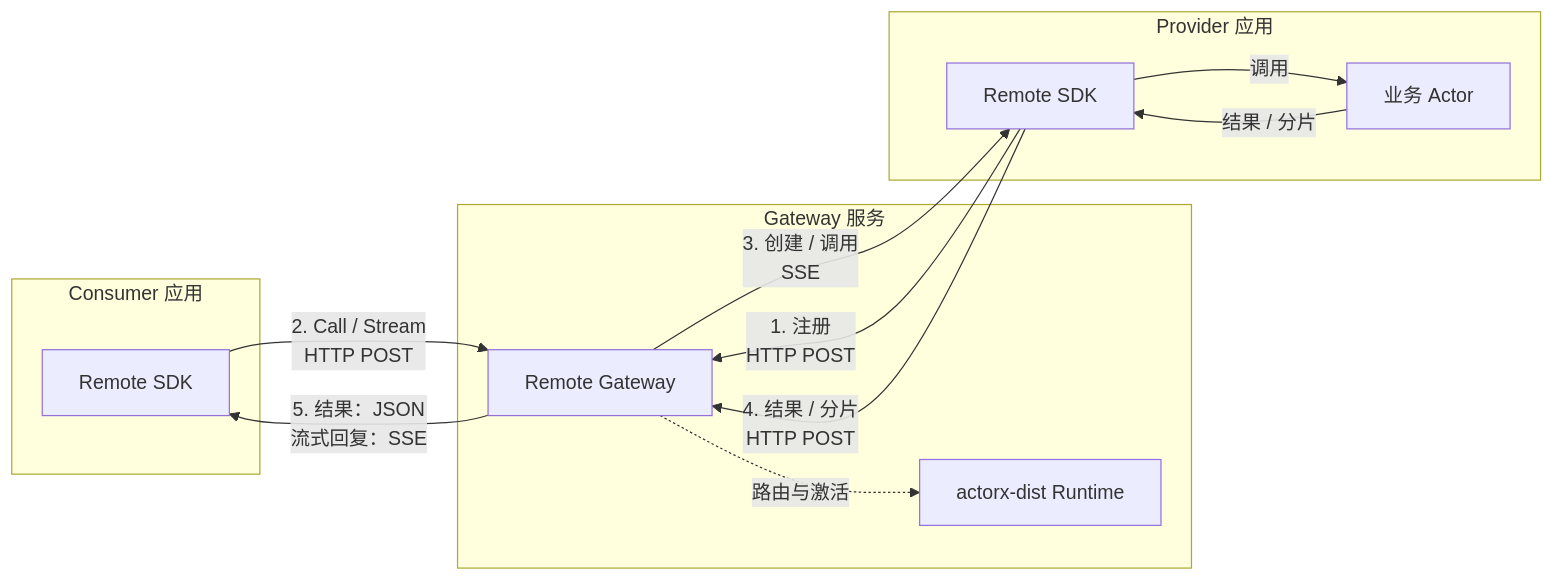
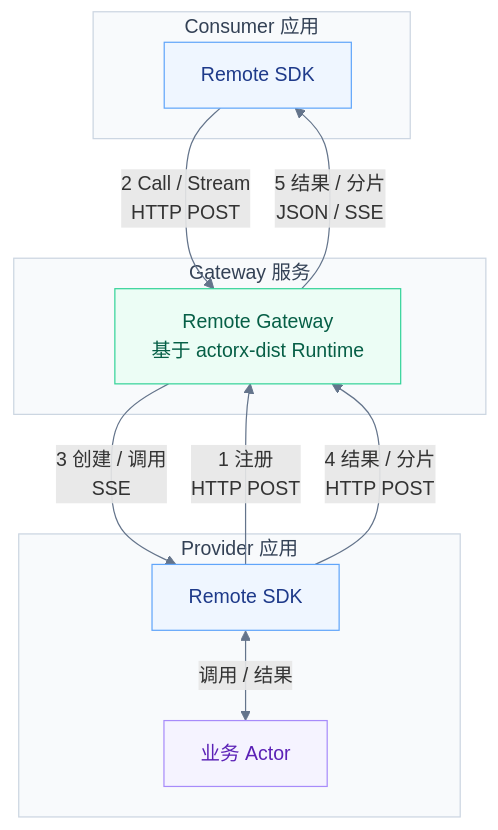
One commit to go-aie/actorx-dist changed the diagram in remote/README.zh.md. Above: the diagram before and after it, drawn with Mermaid. The commit also changed other lines of this file and 5 other files, not shown here.

Commit message:
docs: clarify getting started and remote architecture

````diff
--- a/remote/README.zh.md
+++ b/remote/README.zh.md
@@ -13,22 +13,31 @@
 ```mermaid
-flowchart LR
+flowchart TB
     subgraph consumer["Consumer 应用"]
         C["Remote SDK"]
     end
     subgraph backend["Gateway 服务"]
-        G["Remote Gateway"]
-        D["actorx-dist Runtime"]
-        G -.->|路由与激活| D
+        G["Remote Gateway<br/>基于 actorx-dist Runtime"]
     end
     subgraph provider["Provider 应用"]
         P["Remote SDK"]
         A["业务 Actor"]
-        P -->|调用| A
-        A -->|结果 / 分片| P
     end
-    P -->|"1. 注册<br/>HTTP POST"| G
-    C -->|"2. Call / Stream<br/>HTTP POST"| G
-    G -->|"3. 创建 / 调用<br/>SSE"| P
-    P -->|"4. 结果 / 分片<br/>HTTP POST"| G
-    G -->|"5. 结果：JSON<br/>流式回复：SSE"| C
+
+    C -->|"2 Call / Stream<br/>HTTP POST"| G
+    G -->|"3 创建 / 调用<br/>SSE"| P
+    P <-->|"调用 / 结果"| A
+    G -->|"5 结果 / 分片<br/>JSON / SSE"| C
+    P -->|"1 注册<br/>HTTP POST"| G
+    P -->|"4 结果 / 分片<br/>HTTP POST"| G
+
+    classDef sdk fill:#eff6ff,stroke:#60a5fa,color:#1e3a8a
+    classDef gateway fill:#ecfdf5,stroke:#34d399,color:#065f46
+    classDef actor fill:#f5f3ff,stroke:#a78bfa,color:#5b21b6
+    class C,P sdk
+    class G gateway
+    class A actor
+    style consumer fill:#f8fafc,stroke:#cbd5e1,color:#334155
+    style backend fill:#f8fafc,stroke:#cbd5e1,color:#334155
+    style provider fill:#f8fafc,stroke:#cbd5e1,color:#334155
+    linkStyle default stroke:#64748b
 ```
````
